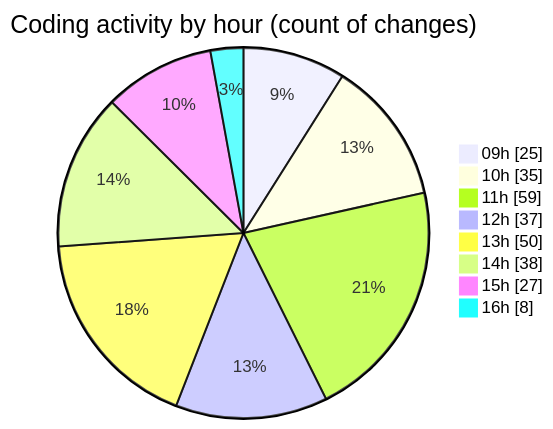
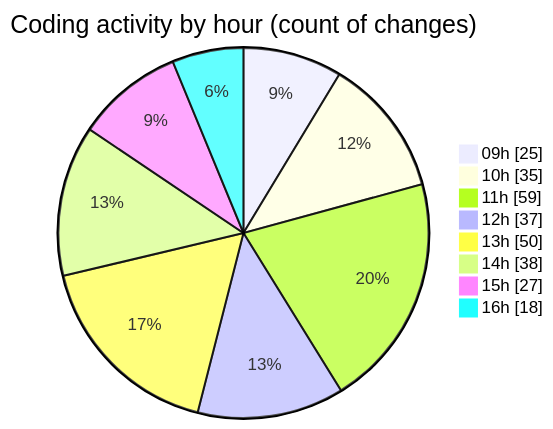
One commit to momahboobian/code-tracking changed the second of 2 diagrams in 2025-08-22/cda/README.md. Above: the diagram before and after it, drawn with Mermaid. The commit also changed other lines of this file and 1 other file, not shown here.

````diff
--- a/2025-08-22/cda/README.md
+++ b/2025-08-22/cda/README.md
@@ -53,12 +53,12 @@
 ```mermaid
 pie showData
 title Coding activity by hour (count of changes)
 "09h" : 25
 "10h" : 35
 "11h" : 59
 "12h" : 37
 "13h" : 50
 "14h" : 38
 "15h" : 27
-"16h" : 8
+"16h" : 18
 ```
````
